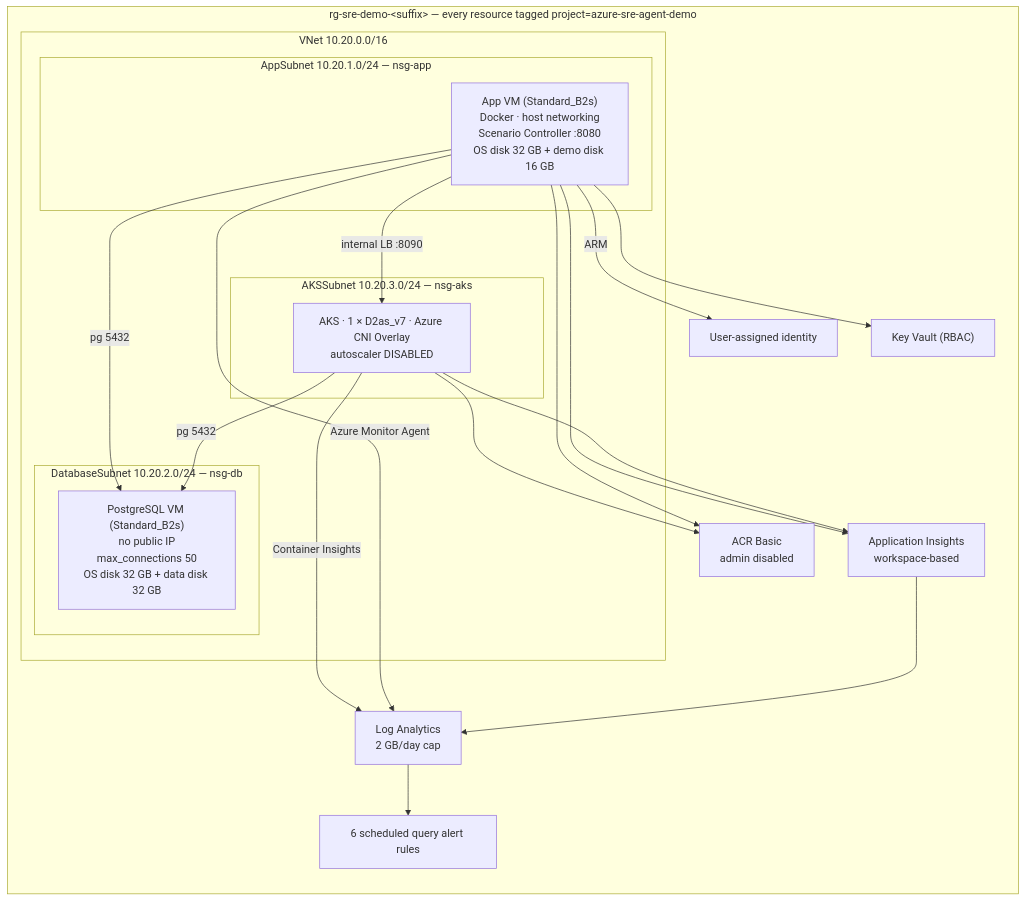
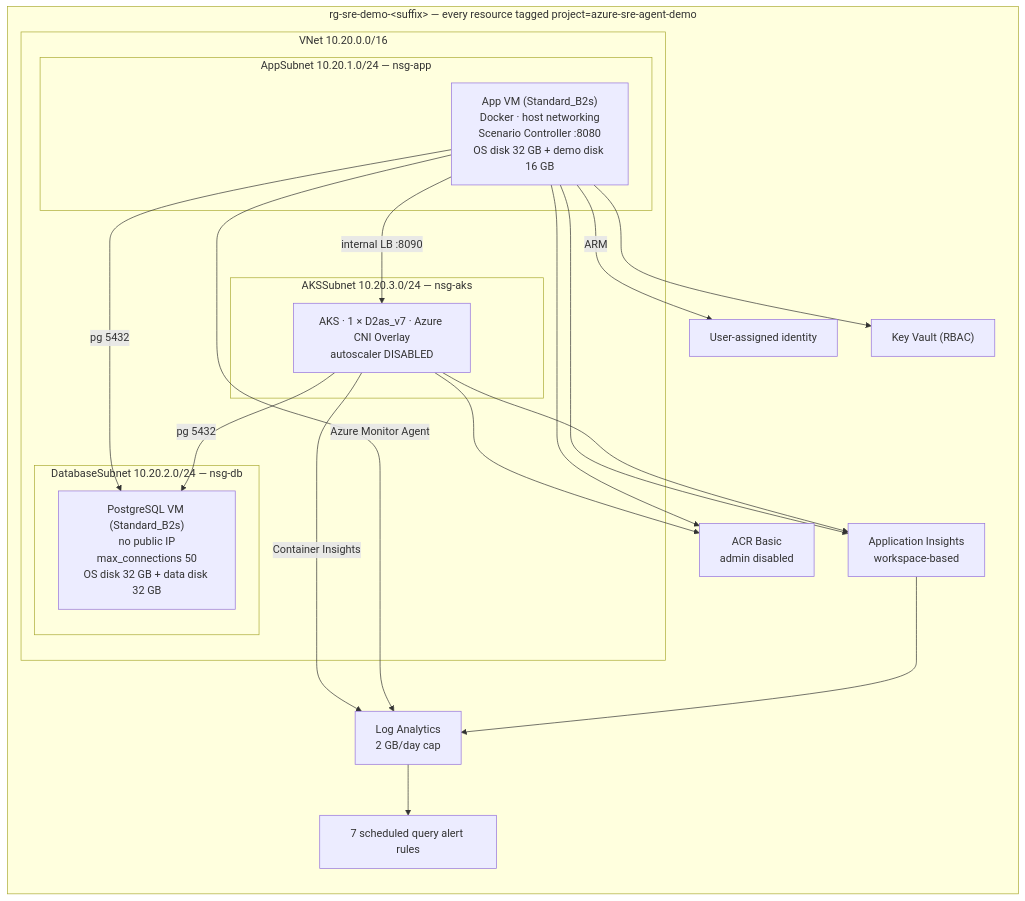
Before and after one commit to F0bsterz/azure-sre-agent-demo-lab: the first of 3 diagrams in docs/ARCHITECTURE.md, drawn with Mermaid. The commit also changed other lines of this file and 3 other files, not shown here.

First line of the commit message:
docs: integrate architecture diagram and correct alert-rule count

````diff
--- a/docs/ARCHITECTURE.md
+++ b/docs/ARCHITECTURE.md
@@ -28,39 +32,39 @@
 ```mermaid
 flowchart TB
     subgraph rg ["rg-sre-demo-&lt;suffix&gt; — every resource tagged project=azure-sre-agent-demo"]
         direction TB
 
         subgraph net ["VNet 10.20.0.0/16"]
             subgraph s1 ["AppSubnet 10.20.1.0/24 — nsg-app"]
                 vm1["App VM (Standard_B2s)<br/>Docker · host networking<br/>Scenario Controller :8080<br/>OS disk 32 GB + demo disk 16 GB"]
             end
             subgraph s2 ["DatabaseSubnet 10.20.2.0/24 — nsg-db"]
                 vm2["PostgreSQL VM (Standard_B2s)<br/>no public IP<br/>max_connections 50<br/>OS disk 32 GB + data disk 32 GB"]
             end
             subgraph s3 ["AKSSubnet 10.20.3.0/24 — nsg-aks"]
                 aks["AKS · 1 × D2as_v7 · Azure CNI Overlay<br/>autoscaler DISABLED"]
             end
         end
 
         acr["ACR Basic<br/>admin disabled"]
         kv["Key Vault (RBAC)"]
         mi["User-assigned identity"]
         law["Log Analytics<br/>2 GB/day cap"]
         appi["Application Insights<br/>workspace-based"]
-        rules["6 scheduled query alert rules"]
+        rules["7 scheduled query alert rules"]
     end
 
     vm1 -->|"pg 5432"| vm2
     aks -->|"pg 5432"| vm2
     vm1 -->|"internal LB :8090"| aks
     vm1 -->|"ARM"| mi
     vm1 --> kv
     aks --> acr
     vm1 --> acr
     vm1 --> appi
     aks --> appi
     aks -->|"Container Insights"| law
     vm1 -->|"Azure Monitor Agent"| law
     appi --> law
     law --> rules
 ```
````
